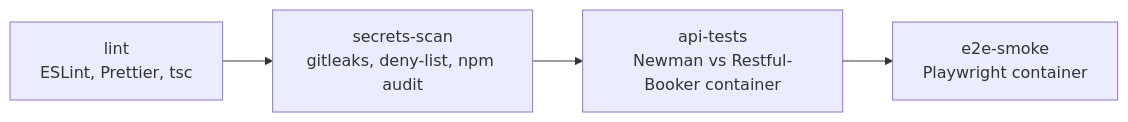
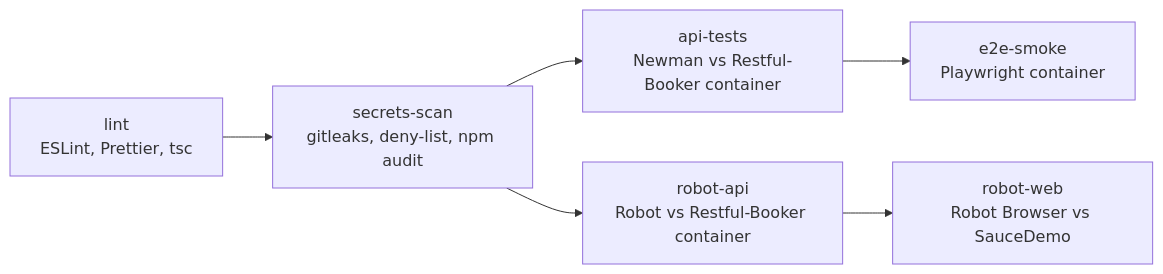
One commit to florent-griffon-qa/qa-portfolio changed the diagram in README.md. Above: the diagram before and after it, drawn with Mermaid. The commit also changed other lines of this file and 23 other files, not shown here.

Commit message:
feat(robot): add Robot Framework API and web suites

````diff
--- a/README.md
+++ b/README.md
@@ -102,6 +105,8 @@
 ```mermaid
 flowchart LR
   lint[lint<br/>ESLint, Prettier, tsc] --> scan[secrets-scan<br/>gitleaks, deny-list, npm audit]
   scan --> api[api-tests<br/>Newman vs Restful-Booker container]
   api --> e2e[e2e-smoke<br/>Playwright container]
+  scan --> rapi[robot-api<br/>Robot vs Restful-Booker container]
+  rapi --> rweb[robot-web<br/>Robot Browser vs SauceDemo]
 ```
````
